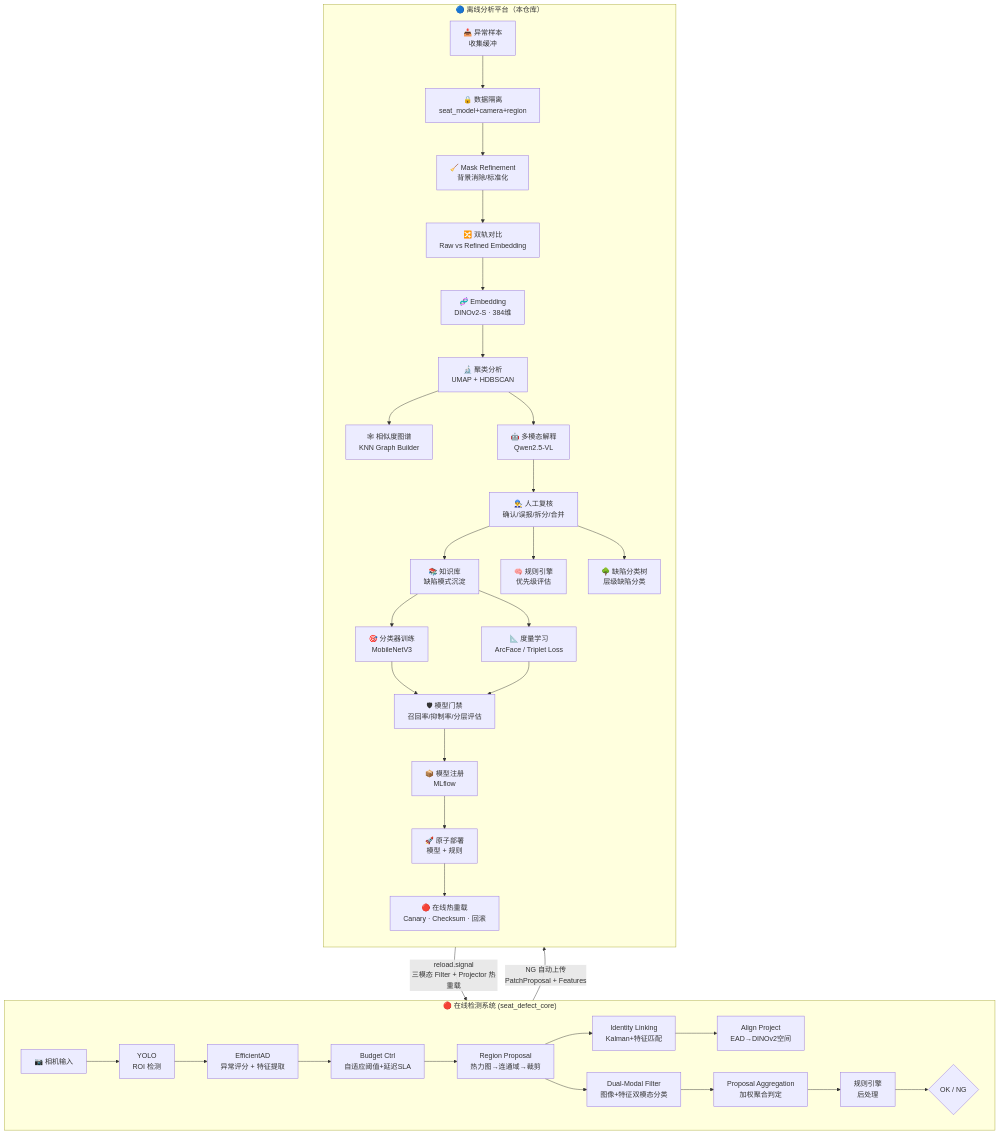
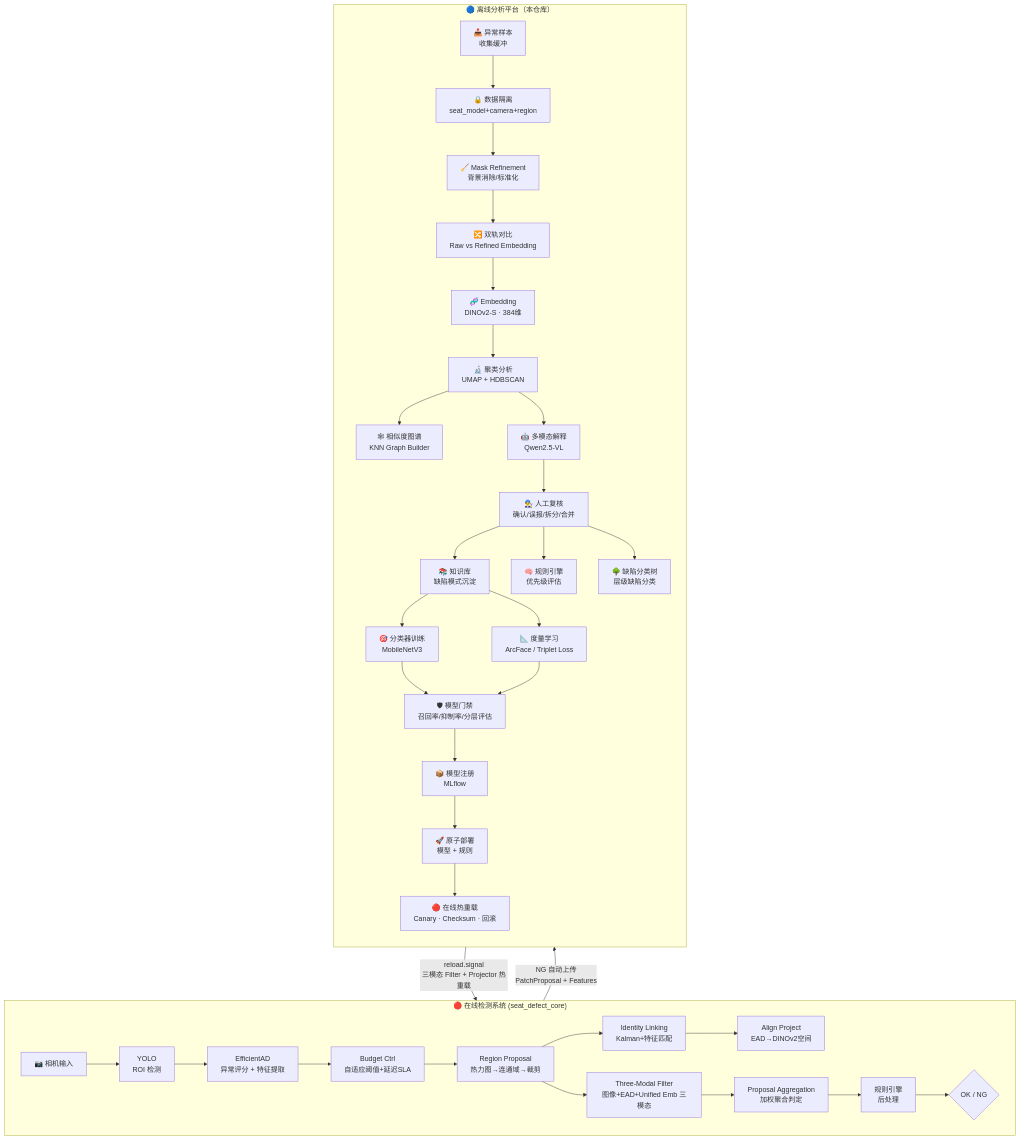
One commit to celien99/offline-analysis-platform changed the diagram in README.md. Above: the diagram before and after it, drawn with Mermaid. The commit also changed other lines of this file, not shown here.

First line of the commit message:
docs: update README with Three-Modal Filter naming and missing defect_protocol files

````diff
--- a/README.md
+++ b/README.md
@@ -35,41 +35,41 @@
 ```mermaid
 flowchart TB
     subgraph ONLINE["🔴 在线检测系统 (seat_defect_core)"]
         direction LR
         CAM["📷 相机输入"] --> YOLO["YOLO<br/>ROI 检测"]
         YOLO --> PC["EfficientAD<br/>异常评分 + 特征提取"]
         PC --> BC["Budget Ctrl<br/>自适应阈值+延迟SLA"]
         BC --> RP["Region Proposal<br/>热力图→连通域→裁剪"]
         RP --> IL["Identity Linking<br/>Kalman+特征匹配"]
         IL --> AP["Align Project<br/>EAD→DINOv2空间"]
-        RP --> FC["Dual-Modal Filter<br/>图像+特征双模态分类"]
+        RP --> FC["Three-Modal Filter<br/>图像+EAD+Unified Emb 三模态"]
         FC --> AG["Proposal Aggregation<br/>加权聚合判定"]
         AG --> RE["规则引擎<br/>后处理"]
         RE --> DECISION{"OK / NG"}
     end
 
     subgraph OFFLINE["🔵 离线分析平台（本仓库）"]
         direction TB
         INGEST["📥 异常样本<br/>收集缓冲"] --> ISOLATION["🔒 数据隔离<br/>seat_model+camera+region"]
         ISOLATION --> MASK["🧹 Mask Refinement<br/>背景消除/标准化"]
         MASK --> DUAL["🔀 双轨对比<br/>Raw vs Refined Embedding"]
         DUAL --> EMBED["🧬 Embedding<br/>DINOv2-S · 384维"]
         EMBED --> CLUSTER["🔬 聚类分析<br/>UMAP + HDBSCAN"]
         CLUSTER --> GRAPH["🕸 相似度图谱<br/>KNN Graph Builder"]
         CLUSTER --> VLM["🤖 多模态解释<br/>Qwen2.5-VL"]
         VLM --> REVIEW["👨‍🔧 人工复核<br/>确认/误报/拆分/合并"]
         REVIEW --> KB["📚 知识库<br/>缺陷模式沉淀"]
         REVIEW --> RULES["🧠 规则引擎<br/>优先级评估"]
         REVIEW --> TAX["🌳 缺陷分类树<br/>层级缺陷分类"]
         KB --> TRAIN["🎯 分类器训练<br/>MobileNetV3"]
         KB --> METRIC["📐 度量学习<br/>ArcFace / Triplet Loss"]
         TRAIN --> GATE["🛡 模型门禁<br/>召回率/抑制率/分层评估"]
         METRIC --> GATE
         GATE --> REGISTRY["📦 模型注册<br/>MLflow"]
         REGISTRY --> DEPLOY["🚀 原子部署<br/>模型 + 规则"]
         DEPLOY --> HOT["🔴 在线热重载<br/>Canary · Checksum · 回滚"]
     end
 
     ONLINE -->|"NG 自动上传<br/>PatchProposal + Features"| INGEST
     HOT -->|"reload.signal<br/>三模态 Filter + Projector 热重载"| AP
 ```
````
